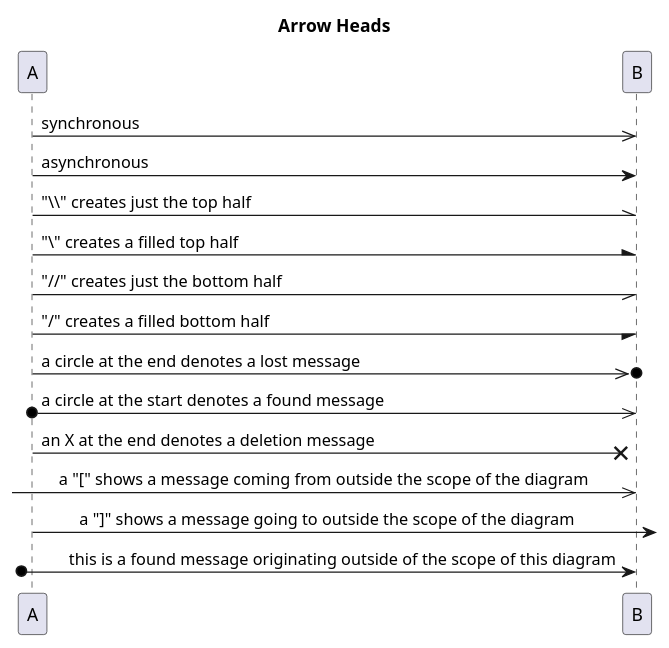
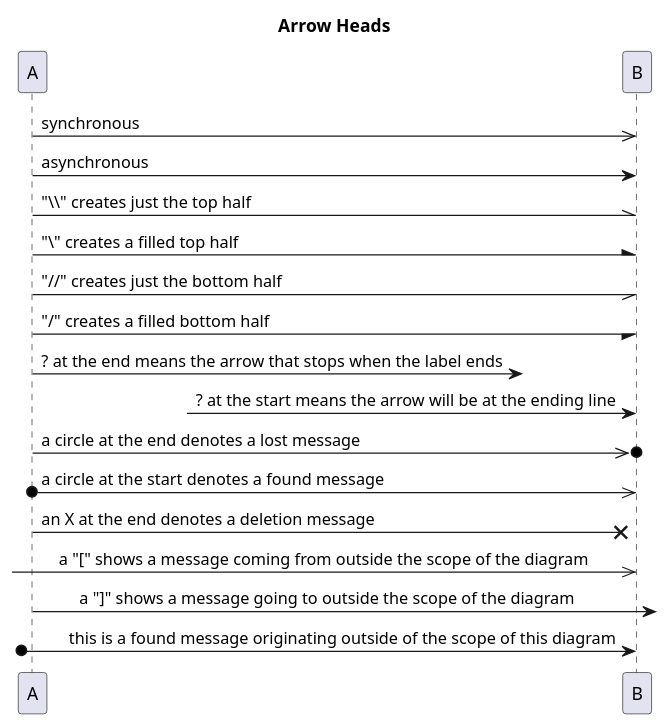
One commit to weedySeaDragon/plantuml-documentation changed the diagram in src/site/sphinx/diagrams/puml/seq-arrow-heads.puml. Above: the diagram before and after it, drawn with PlantUML. The commit also changed 1 other file, not shown here.

Commit message:
ArrowHeads:  add "?" arrow head option (= short arrow line)

```diff
--- a/src/site/sphinx/diagrams/puml/seq-arrow-heads.puml
+++ b/src/site/sphinx/diagrams/puml/seq-arrow-heads.puml
@@ -1,22 +1,25 @@
 @startuml
 
 '!include ../../plantuml-styles/plantuml-ae.iuml
 
 title Arrow Heads
 
 A ->> B: synchronous
 A ->  B: asynchronous
 A -\\ B: "\\\" creates just the top half
 A -\ B: "\" creates a filled top half
 A -// B: "//" creates just the bottom half
 A -/ B: "/" creates a filled bottom half
+A ->? : ? at the end means the arrow that stops when the label ends
+?-> B: ? at the start means the arrow will be at the ending line
 A ->>o B: a circle at the end denotes a lost message
 A o->> B: a circle at the start denotes a found message
 A ->x B: an X at the end denotes a deletion message
 [->>B:\t a "[" shows a message coming from outside the scope of the diagram
 A->]:\t a "]" shows a message going to outside the scope of the diagram
 [o-> B:\t this is a found message originating outside of the scope of this diagram
 
 
+
 '!include ../../plantuml-styles/ae-copyright-footer.txt
 @enduml
```
